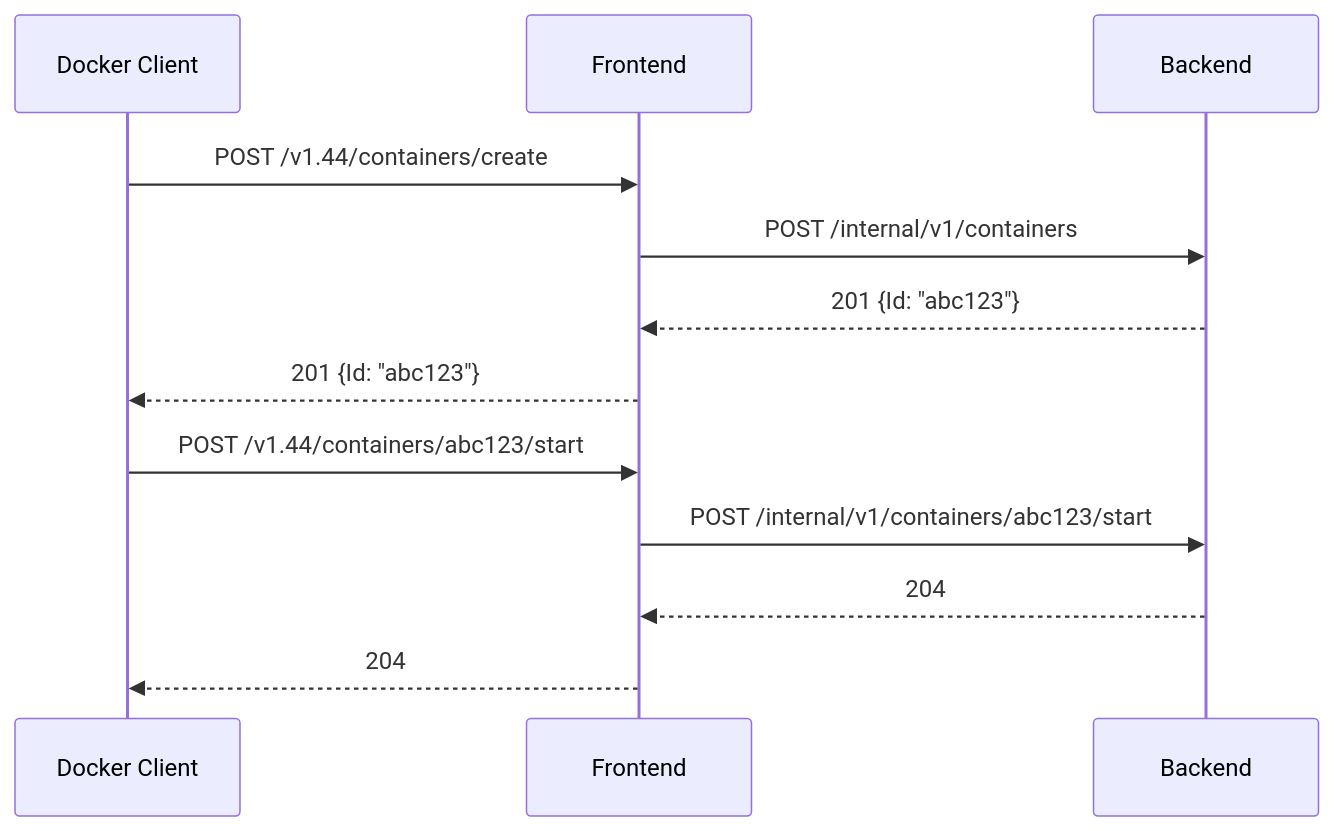
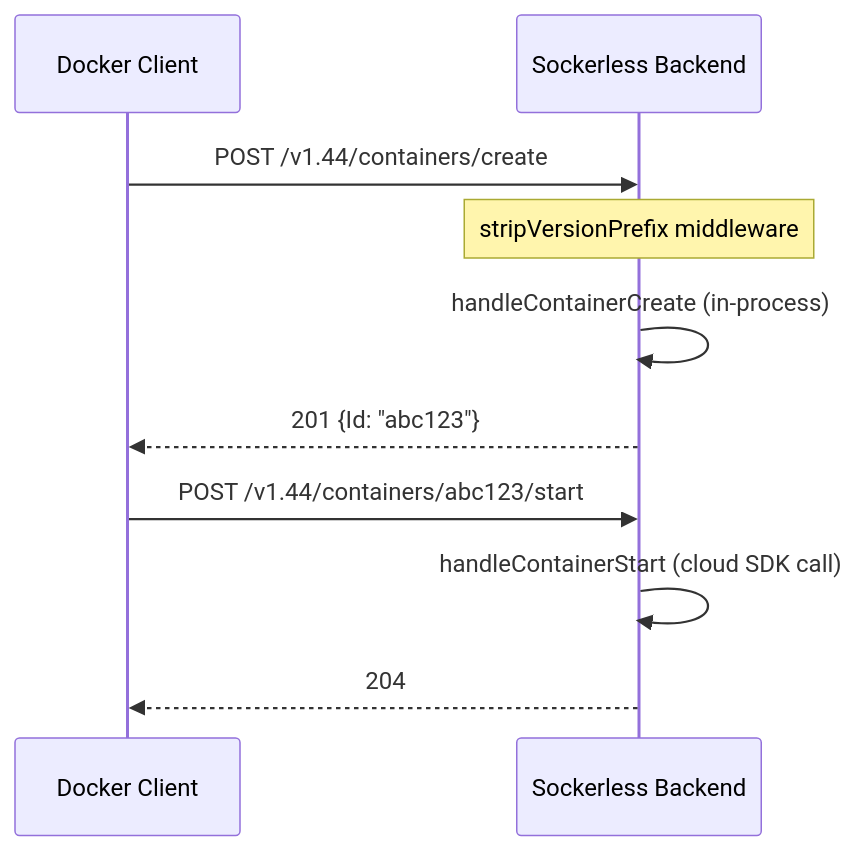
Before and after one commit to e6qu/sockerless: the second of 19 diagrams in ARCHITECTURE.md, drawn with Mermaid. The commit also changed other lines of this file and 93 other files, not shown here.

````diff
--- a/ARCHITECTURE.md
+++ b/ARCHITECTURE.md
@@ -60,16 +61,14 @@
 ```mermaid
 sequenceDiagram
     participant C as Docker Client
-    participant F as Frontend
-    participant B as Backend
+    participant S as Sockerless Backend
 
-    C->>F: POST /v1.44/containers/create
-    F->>B: POST /internal/v1/containers
-    B-->>F: 201 {Id: "abc123"}
-    F-->>C: 201 {Id: "abc123"}
+    C->>S: POST /v1.44/containers/create
+    Note over S: stripVersionPrefix middleware
+    S->>S: handleContainerCreate (in-process)
+    S-->>C: 201 {Id: "abc123"}
 
-    C->>F: POST /v1.44/containers/abc123/start
-    F->>B: POST /internal/v1/containers/abc123/start
-    B-->>F: 204
-    F-->>C: 204
+    C->>S: POST /v1.44/containers/abc123/start
+    S->>S: handleContainerStart (cloud SDK call)
+    S-->>C: 204
 ```
````
